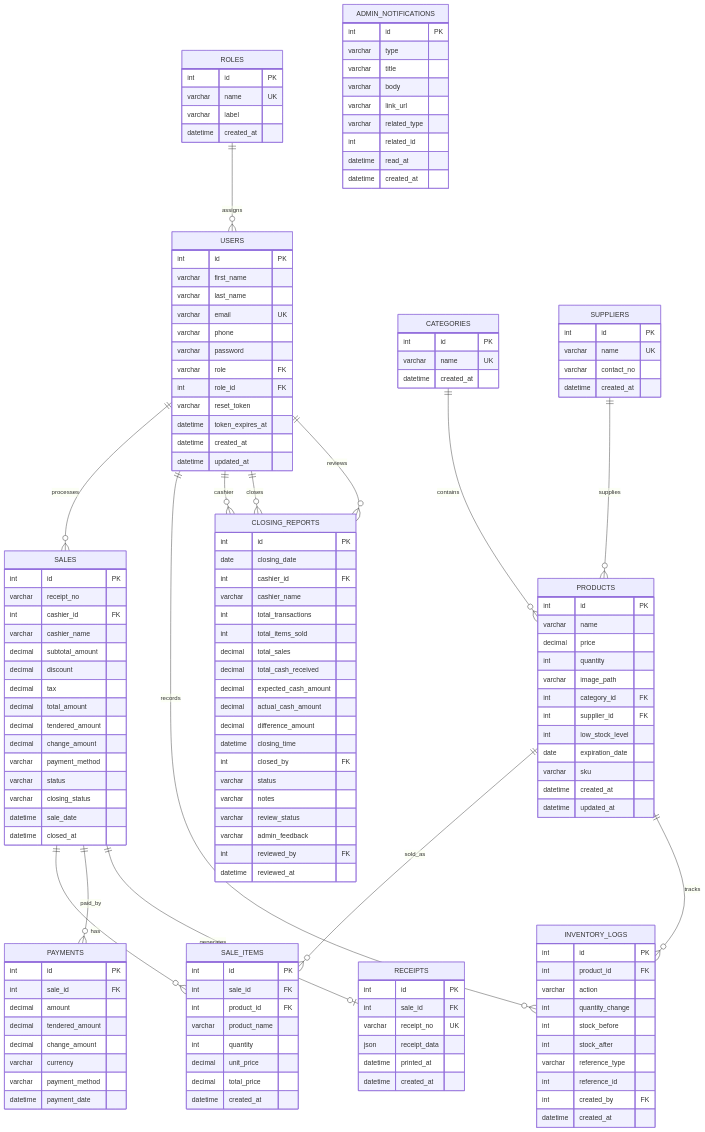
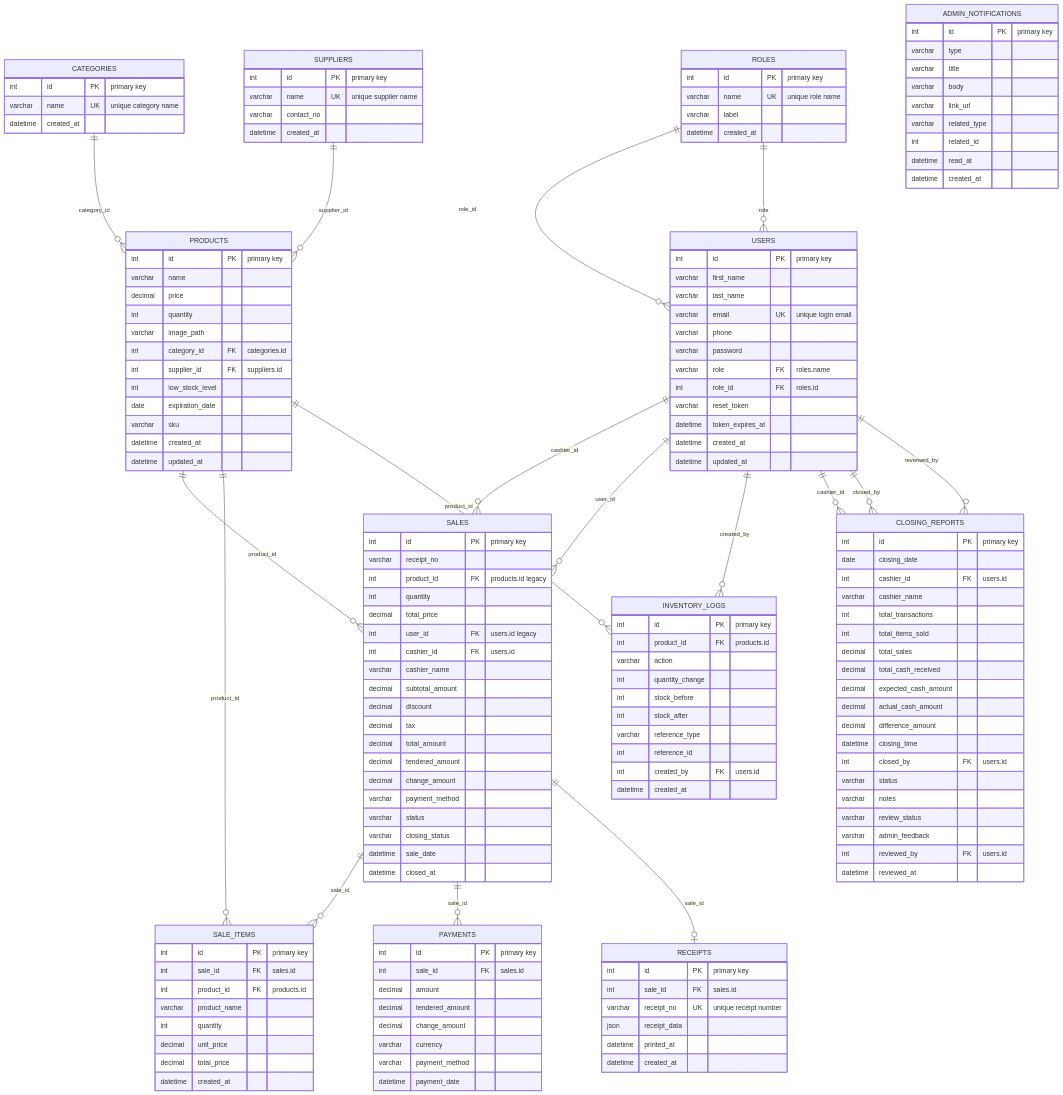
The diagram in docs/ERD.md (JOHNMARK60/new_update), drawn with Mermaid before and after one commit. The commit also changed other lines of this file and 2 other files, not shown here.

Commit message:
docs: clarify ERD keys and transfer

````diff
--- a/docs/ERD.md
+++ b/docs/ERD.md
@@ -7,35 +14,38 @@
 ```mermaid
 erDiagram
-    ROLES ||--o{ USERS : assigns
-    USERS ||--o{ SALES : processes
-    USERS ||--o{ INVENTORY_LOGS : records
-    USERS ||--o{ CLOSING_REPORTS : cashier
-    USERS ||--o{ CLOSING_REPORTS : closes
-    USERS ||--o{ CLOSING_REPORTS : reviews
-    CATEGORIES ||--o{ PRODUCTS : contains
-    SUPPLIERS ||--o{ PRODUCTS : supplies
-    PRODUCTS ||--o{ SALE_ITEMS : sold_as
-    PRODUCTS ||--o{ INVENTORY_LOGS : tracks
-    SALES ||--o{ SALE_ITEMS : has
-    SALES ||--o{ PAYMENTS : paid_by
-    SALES ||--o| RECEIPTS : generates
+    ROLES ||--o{ USERS : role_id
+    ROLES ||--o{ USERS : role
+    USERS ||--o{ SALES : cashier_id
+    USERS ||--o{ SALES : user_id
+    USERS ||--o{ INVENTORY_LOGS : created_by
+    USERS ||--o{ CLOSING_REPORTS : cashier_id
+    USERS ||--o{ CLOSING_REPORTS : closed_by
+    USERS ||--o{ CLOSING_REPORTS : reviewed_by
+    CATEGORIES ||--o{ PRODUCTS : category_id
+    SUPPLIERS ||--o{ PRODUCTS : supplier_id
+    PRODUCTS ||--o{ SALES : product_id
+    PRODUCTS ||--o{ SALE_ITEMS : product_id
+    PRODUCTS ||--o{ INVENTORY_LOGS : product_id
+    SALES ||--o{ SALE_ITEMS : sale_id
+    SALES ||--o{ PAYMENTS : sale_id
+    SALES ||--o| RECEIPTS : sale_id
 
     ROLES {
-        int id PK
-        varchar name UK
+        int id PK "primary key"
+        varchar name UK "unique role name"
         varchar label
         datetime created_at
     }
 
     USERS {
-        int id PK
+        int id PK "primary key"
         varchar first_name
         varchar last_name
-        varchar email UK
+        varchar email UK "unique login email"
         varchar phone
         varchar password
-        varchar role FK
-        int role_id FK
+        varchar role FK "roles.name"
+        int role_id FK "roles.id"
         varchar reset_token
         datetime token_expires_at
         datetime created_at
@@ -43,26 +53,26 @@
     }
 
     CATEGORIES {
-        int id PK
-        varchar name UK
+        int id PK "primary key"
+        varchar name UK "unique category name"
         datetime created_at
     }
 
     SUPPLIERS {
-        int id PK
-        varchar name UK
+        int id PK "primary key"
+        varchar name UK "unique supplier name"
         varchar contact_no
         datetime created_at
     }
 
     PRODUCTS {
-        int id PK
+        int id PK "primary key"
         varchar name
         decimal price
         int quantity
         varchar image_path
-        int category_id FK
-        int supplier_id FK
+        int category_id FK "categories.id"
+        int supplier_id FK "suppliers.id"
         int low_stock_level
         date expiration_date
         varchar sku
@@ -71,9 +81,13 @@
     }
 
     SALES {
-        int id PK
+        int id PK "primary key"
         varchar receipt_no
-        int cashier_id FK
+        int product_id FK "products.id legacy"
+        int quantity
+        decimal total_price
+        int user_id FK "users.id legacy"
+        int cashier_id FK "users.id"
         varchar cashier_name
         decimal subtotal_amount
         decimal discount
@@ -89,9 +103,9 @@
     }
 
     SALE_ITEMS {
-        int id PK
-        int sale_id FK
-        int product_id FK
+        int id PK "primary key"
+        int sale_id FK "sales.id"
+        int product_id FK "products.id"
         varchar product_name
         int quantity
         decimal unit_price
@@ -100,8 +114,8 @@
     }
 
     PAYMENTS {
-        int id PK
-        int sale_id FK
+        int id PK "primary key"
+        int sale_id FK "sales.id"
         decimal amount
         decimal tendered_amount
         decimal change_amount
@@ -111,31 +125,31 @@
     }
 
     RECEIPTS {
-        int id PK
-        int sale_id FK
-        varchar receipt_no UK
+        int id PK "primary key"
+        int sale_id FK "sales.id"
+        varchar receipt_no UK "unique receipt number"
         json receipt_data
         datetime printed_at
         datetime created_at
     }
 
     INVENTORY_LOGS {
-        int id PK
-        int product_id FK
+        int id PK "primary key"
+        int product_id FK "products.id"
         varchar action
         int quantity_change
         int stock_before
         int stock_after
         varchar reference_type
         int reference_id
-        int created_by FK
+        int created_by FK "users.id"
         datetime created_at
     }
 
     CLOSING_REPORTS {
-        int id PK
+        int id PK "primary key"
         date closing_date
-        int cashier_id FK
+        int cashier_id FK "users.id"
         varchar cashier_name
         int total_transactions
         int total_items_sold
@@ -145,17 +159,17 @@
         decimal actual_cash_amount
         decimal difference_amount
         datetime closing_time
-        int closed_by FK
+        int closed_by FK "users.id"
         varchar status
         varchar notes
         varchar review_status
         varchar admin_feedback
-        int reviewed_by FK
+        int reviewed_by FK "users.id"
         datetime reviewed_at
     }
 
     ADMIN_NOTIFICATIONS {
-        int id PK
+        int id PK "primary key"
         varchar type
         varchar title
         varchar body
````
